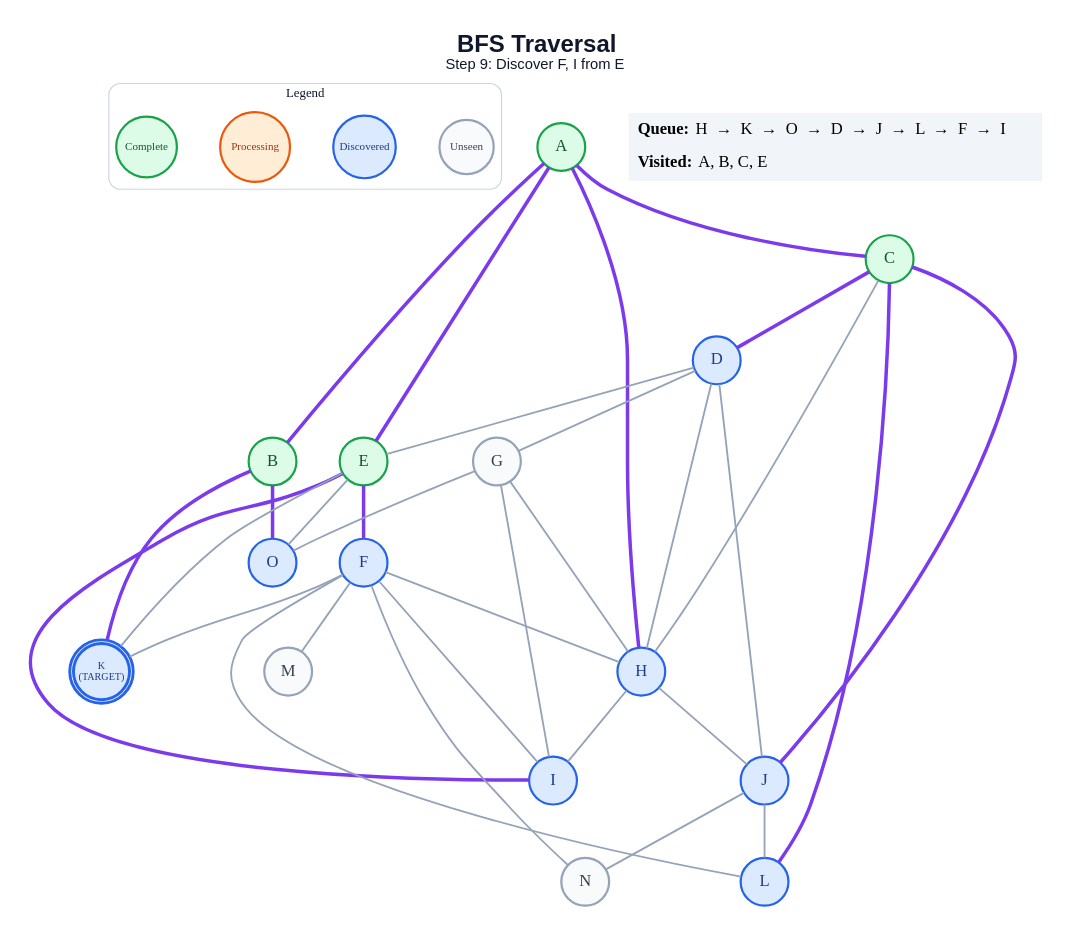
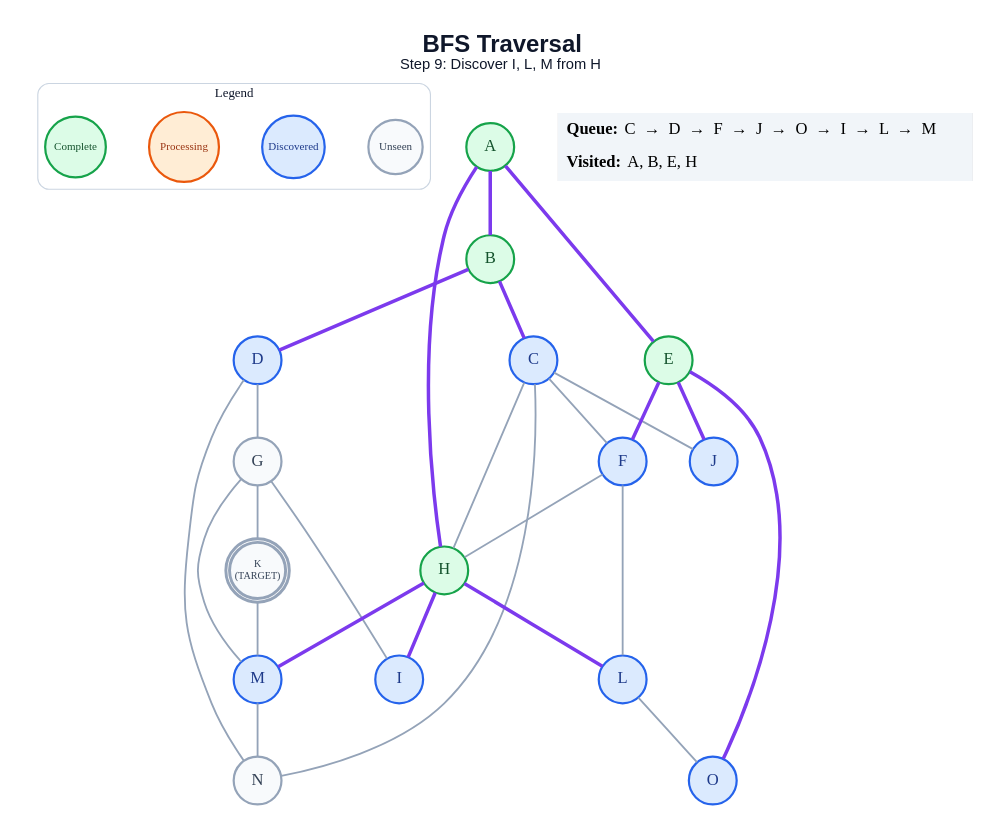
One commit to anon7238593-create/ai-slop changed the diagram in generated/specific-node/bfs/step_09.dot. Above: the diagram before and after it, drawn with Graphviz. The commit also changed 331 other files, not shown here.

```diff
--- a/generated/specific-node/bfs/step_09.dot
+++ b/generated/specific-node/bfs/step_09.dot
@@ -1,65 +1,59 @@
 graph traversal {
   graph [layout=dot, rankdir=TB, bgcolor="#FFFFFF", pad="0.35", nodesep="0.65", ranksep="0.8", fontname="Arial"];
   node [shape=circle, style="filled", fontname="Arial Bold", fontsize=18, width=0.72, fixedsize=true, penwidth=2.4];
   edge [color="#94A3B8", penwidth=2.0];
-  label=<<B>BFS Traversal</B><BR/><FONT POINT-SIZE="16">Step 9: Discover F, I from E</FONT>>; labelloc="t"; fontsize=26; fontname="Arial"; fontcolor="#0F172A";
+  label=<<B>BFS Traversal</B><BR/><FONT POINT-SIZE="16">Step 9: Discover I, L, M from H</FONT>>; labelloc="t"; fontsize=26; fontname="Arial"; fontcolor="#0F172A";
   subgraph cluster_legend { label="Legend"; color="#CBD5E1"; penwidth=1.2; style="rounded"; fontsize=14; fontname="Arial Bold";
     key_unseen [label="Unseen", fillcolor="#F8FAFC", color="#94A3B8", fontcolor="#334155", fontsize=12, width=0.82];
     key_frontier [label="Discovered", fillcolor="#DBEAFE", color="#2563EB", fontcolor="#1E3A8A", fontsize=12, width=0.95];
     key_current [label="Processing", fillcolor="#FFEDD5", color="#EA580C", fontcolor="#9A3412", fontsize=12, width=1.05];
     key_done [label="Complete", fillcolor="#DCFCE7", color="#16A34A", fontcolor="#14532D", fontsize=12, width=0.92];
     { rank=same; key_unseen; key_frontier; key_current; key_done; }
   }
   A [label="A", fillcolor="#DCFCE7", color="#16A34A", fontcolor="#14532D", peripheries=1, penwidth=2.4];
   B [label="B", fillcolor="#DCFCE7", color="#16A34A", fontcolor="#14532D", peripheries=1, penwidth=2.4];
-  C [label="C", fillcolor="#DCFCE7", color="#16A34A", fontcolor="#14532D", peripheries=1, penwidth=2.4];
+  C [label="C", fillcolor="#DBEAFE", color="#2563EB", fontcolor="#1E3A8A", peripheries=1, penwidth=2.4];
   D [label="D", fillcolor="#DBEAFE", color="#2563EB", fontcolor="#1E3A8A", peripheries=1, penwidth=2.4];
   E [label="E", fillcolor="#DCFCE7", color="#16A34A", fontcolor="#14532D", peripheries=1, penwidth=2.4];
   F [label="F", fillcolor="#DBEAFE", color="#2563EB", fontcolor="#1E3A8A", peripheries=1, penwidth=2.4];
   G [label="G", fillcolor="#F8FAFC", color="#94A3B8", fontcolor="#334155", peripheries=1, penwidth=2.4];
-  H [label="H", fillcolor="#DBEAFE", color="#2563EB", fontcolor="#1E3A8A", peripheries=1, penwidth=2.4];
+  H [label="H", fillcolor="#DCFCE7", color="#16A34A", fontcolor="#14532D", peripheries=1, penwidth=2.4];
   I [label="I", fillcolor="#DBEAFE", color="#2563EB", fontcolor="#1E3A8A", peripheries=1, penwidth=2.4];
   J [label="J", fillcolor="#DBEAFE", color="#2563EB", fontcolor="#1E3A8A", peripheries=1, penwidth=2.4];
-  K [label="K\n(TARGET)", fillcolor="#DBEAFE", color="#2563EB", fontcolor="#1E3A8A", peripheries=2, penwidth=3.2, fontsize=11, width=0.85, height=0.85];
+  K [label="K\n(TARGET)", fillcolor="#F8FAFC", color="#94A3B8", fontcolor="#334155", peripheries=2, penwidth=3.2, fontsize=11, width=0.85, height=0.85];
   L [label="L", fillcolor="#DBEAFE", color="#2563EB", fontcolor="#1E3A8A", peripheries=1, penwidth=2.4];
-  M [label="M", fillcolor="#F8FAFC", color="#94A3B8", fontcolor="#334155", peripheries=1, penwidth=2.4];
+  M [label="M", fillcolor="#DBEAFE", color="#2563EB", fontcolor="#1E3A8A", peripheries=1, penwidth=2.4];
   N [label="N", fillcolor="#F8FAFC", color="#94A3B8", fontcolor="#334155", peripheries=1, penwidth=2.4];
   O [label="O", fillcolor="#DBEAFE", color="#2563EB", fontcolor="#1E3A8A", peripheries=1, penwidth=2.4];
   A -- B [color="#7C3AED", penwidth=3.8];
-  A -- C [color="#7C3AED", penwidth=3.8];
   A -- E [color="#7C3AED", penwidth=3.8];
   A -- H [color="#7C3AED", penwidth=3.8];
-  B -- K [color="#7C3AED", penwidth=3.8];
-  B -- O [color="#7C3AED", penwidth=3.8];
-  C -- D [color="#7C3AED", penwidth=3.8];
+  B -- C [color="#7C3AED", penwidth=3.8];
+  B -- D [color="#7C3AED", penwidth=3.8];
+  C -- F;
   C -- H;
-  C -- J [color="#7C3AED", penwidth=3.8];
-  C -- L [color="#7C3AED", penwidth=3.8];
-  D -- E;
+  C -- J;
+  C -- N;
   D -- G;
-  D -- H;
-  D -- J;
+  D -- N;
   E -- F [color="#7C3AED", penwidth=3.8];
-  E -- I [color="#7C3AED", penwidth=3.8];
-  E -- K;
-  E -- O;
+  E -- J [color="#7C3AED", penwidth=3.8];
+  E -- O [color="#7C3AED", penwidth=3.8];
   F -- H;
-  F -- I;
-  F -- K;
   F -- L;
-  F -- M;
-  F -- N;
-  G -- H;
   G -- I;
-  G -- O;
-  H -- I;
-  H -- J;
-  J -- L;
-  J -- N;
+  G -- K;
+  G -- M;
+  H -- I [color="#7C3AED", penwidth=3.8];
+  H -- L [color="#7C3AED", penwidth=3.8];
+  H -- M [color="#7C3AED", penwidth=3.8];
+  K -- M;
+  L -- O;
+  M -- N;
   status [shape=plain, fixedsize=false, width=0, height=0, margin=0, label=<
     <TABLE BORDER="0" CELLBORDER="0" CELLPADDING="7" BGCOLOR="#F1F5F9">
-      <TR><TD ALIGN="LEFT"><B>Queue:</B> H  →  K  →  O  →  D  →  J  →  L  →  F  →  I</TD></TR>
-      <TR><TD ALIGN="LEFT"><B>Visited:</B> A, B, C, E</TD></TR>
+      <TR><TD ALIGN="LEFT"><B>Queue:</B> C  →  D  →  F  →  J  →  O  →  I  →  L  →  M</TD></TR>
+      <TR><TD ALIGN="LEFT"><B>Visited:</B> A, B, E, H</TD></TR>
     </TABLE>
   >];
 }
```
